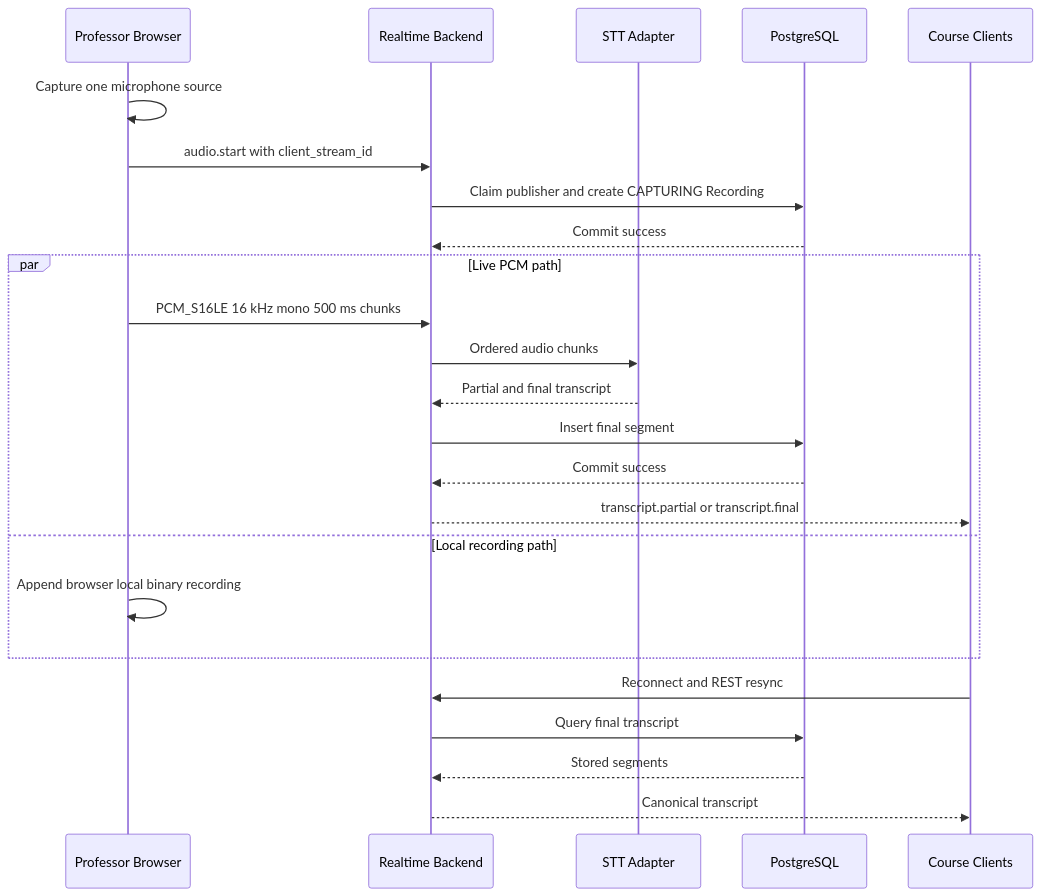
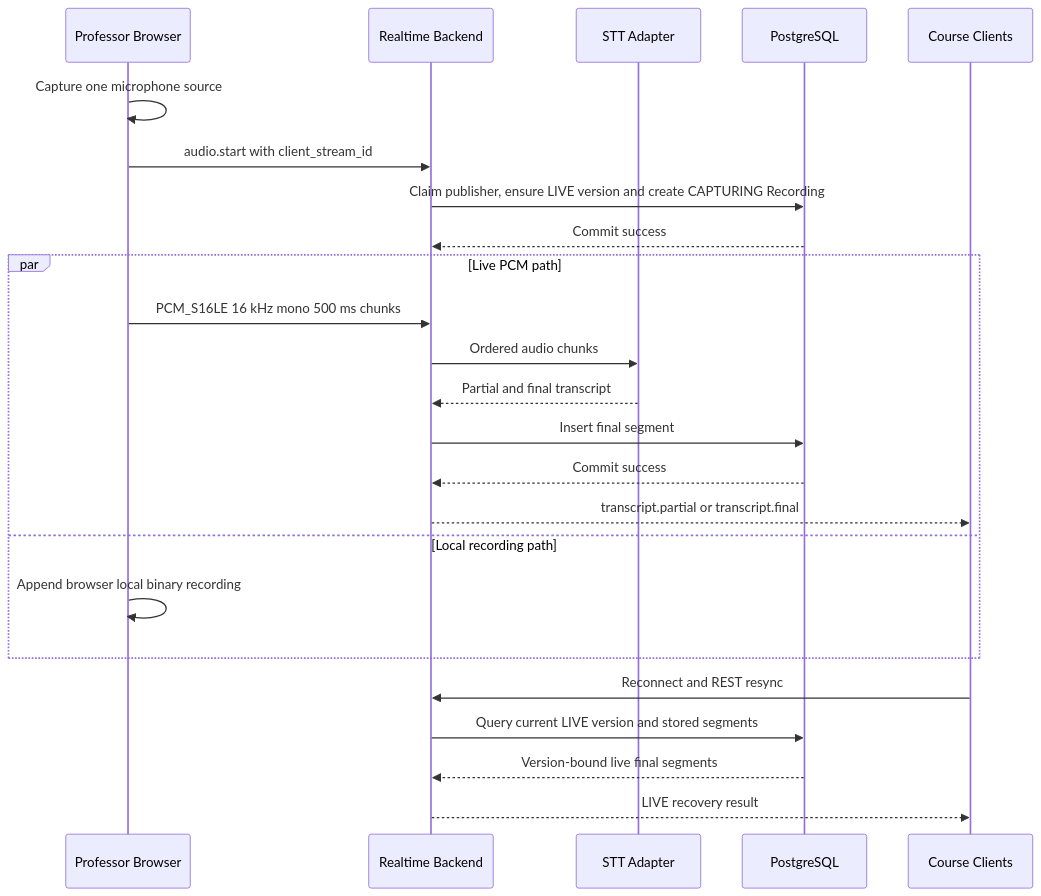
The third of 6 diagrams in docs/architecture/시스템구성도.md (madcamp-official/26s-w2-c2-08), drawn with Mermaid before and after one commit. The commit also changed other lines of this file and 1 other file, not shown here.

````diff
--- a/docs/architecture/시스템구성도.md
+++ b/docs/architecture/시스템구성도.md
@@ -221,27 +238,27 @@
 ```mermaid
 sequenceDiagram
     participant professor as Professor Browser
     participant realtime as Realtime Backend
     participant stt as STT Adapter
     participant database as PostgreSQL
     participant members as Course Clients
 
     professor->>professor: Capture one microphone source
     professor->>realtime: audio.start with client_stream_id
-    realtime->>database: Claim publisher and create CAPTURING Recording
+    realtime->>database: Claim publisher, ensure LIVE version and create CAPTURING Recording
     database-->>realtime: Commit success
     par Live PCM path
         professor->>realtime: PCM_S16LE 16 kHz mono 500 ms chunks
         realtime->>stt: Ordered audio chunks
         stt-->>realtime: Partial and final transcript
         realtime->>database: Insert final segment
         database-->>realtime: Commit success
         realtime-->>members: transcript.partial or transcript.final
     and Local recording path
         professor->>professor: Append browser local binary recording
     end
     members->>realtime: Reconnect and REST resync
-    realtime->>database: Query final transcript
-    database-->>realtime: Stored segments
-    realtime-->>members: Canonical transcript
+    realtime->>database: Query current LIVE version and stored segments
+    database-->>realtime: Version-bound live final segments
+    realtime-->>members: LIVE recovery result
 ```
````
